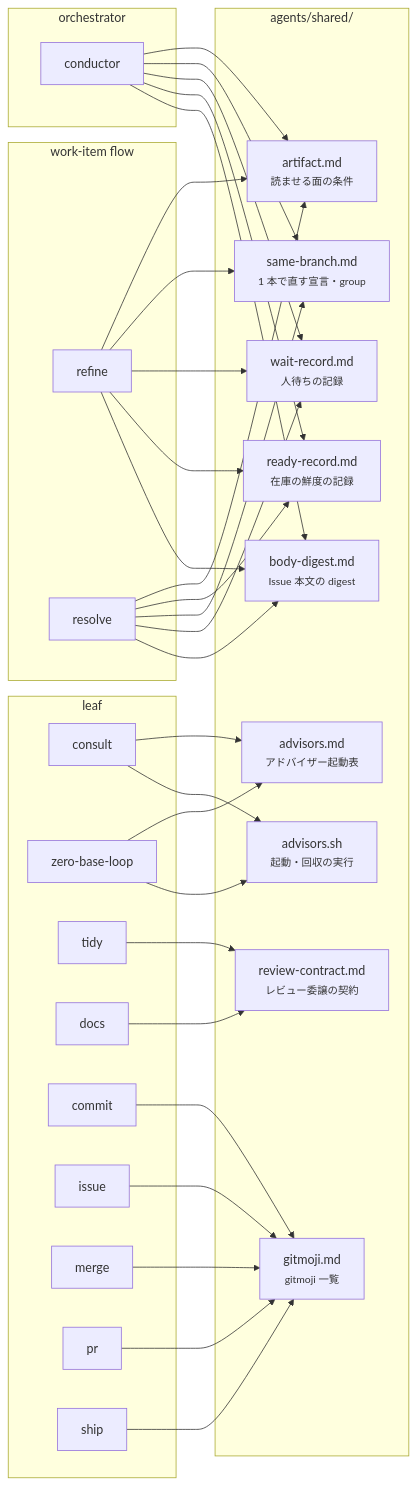
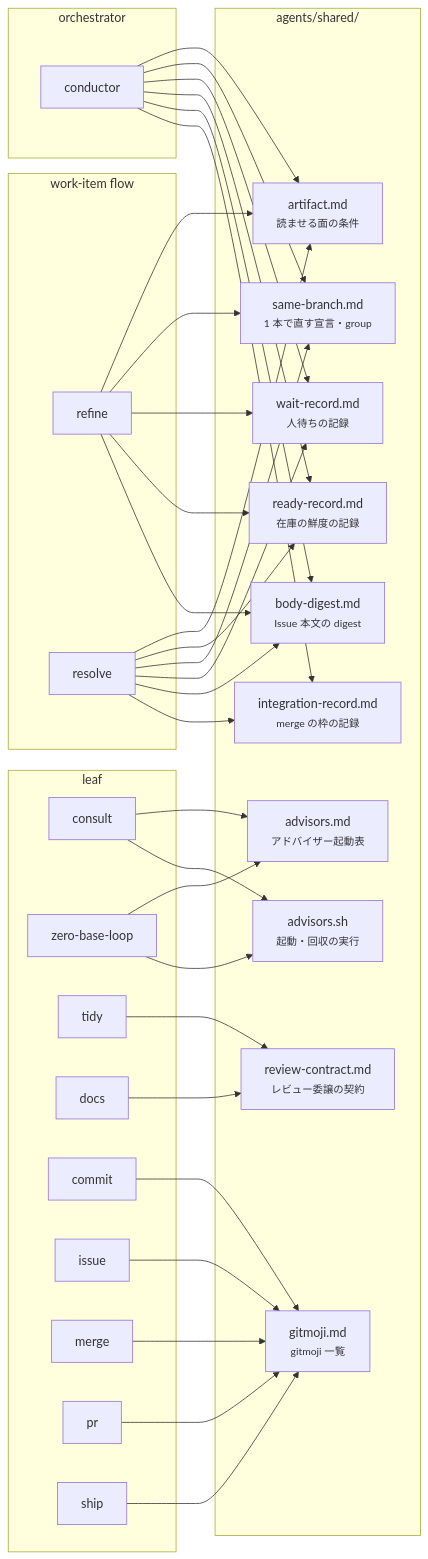
One commit to usagizmo/agentfiles changed the third of 3 diagrams in agents/docs/structure.md. Above: the diagram before and after it, drawn with Mermaid. The commit also changed 11 other files, not shown here.

````diff
--- a/agents/docs/structure.md
+++ b/agents/docs/structure.md
@@ -79,59 +79,62 @@
 ```mermaid
 flowchart LR
     subgraph orch["orchestrator"]
         CO[conductor]
     end
     subgraph flow["work-item flow"]
         RF[refine]
         RS[resolve]
     end
     subgraph leaf["leaf"]
         CS[consult]
         ZB[zero-base-loop]
         TD[tidy]
         DC[docs]
         CM[commit]
         IS[issue]
         ME[merge]
         PR[pr]
         SH[ship]
     end
     subgraph shared["agents/shared/"]
         SB["same-branch.md<br/><small>1 本で直す宣言・group</small>"]
         WR["wait-record.md<br/><small>人待ちの記録</small>"]
         RR["ready-record.md<br/><small>在庫の鮮度の記録</small>"]
         BD["body-digest.md<br/><small>Issue 本文の digest</small>"]
         RC["review-contract.md<br/><small>レビュー委譲の契約</small>"]
         AF["artifact.md<br/><small>読ませる面の条件</small>"]
+        IR["integration-record.md<br/><small>merge の枠の記録</small>"]
         AD["advisors.md<br/><small>アドバイザー起動表</small>"]
         AS["advisors.sh<br/><small>起動・回収の実行</small>"]
         GM["gitmoji.md<br/><small>gitmoji 一覧</small>"]
     end
 
     RF --> AF
     RS --> AF
     CO --> AF
     CO --> SB
     CO --> WR
     CO --> RR
     CO --> BD
     RF --> SB
     RF --> WR
     RF --> RR
     RS --> RR
     ME --> GM
     RF --> BD
     RS --> SB
     RS --> WR
     RS --> BD
+    CO --> IR
+    RS --> IR
     CS --> AD
     CS --> AS
     ZB --> AD
     ZB --> AS
     TD --> RC
     DC --> RC
     CM --> GM
     IS --> GM
     PR --> GM
     SH --> GM
 ```
````
